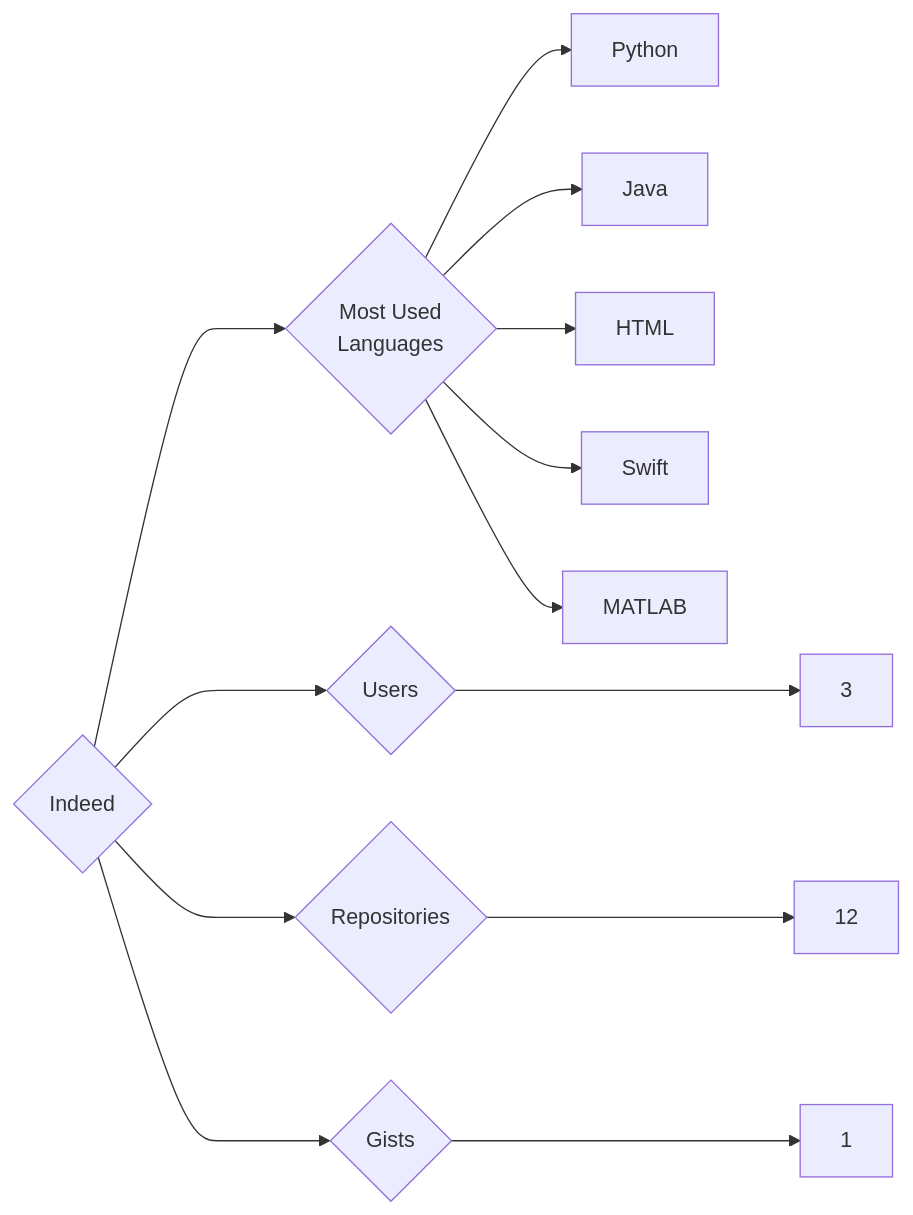
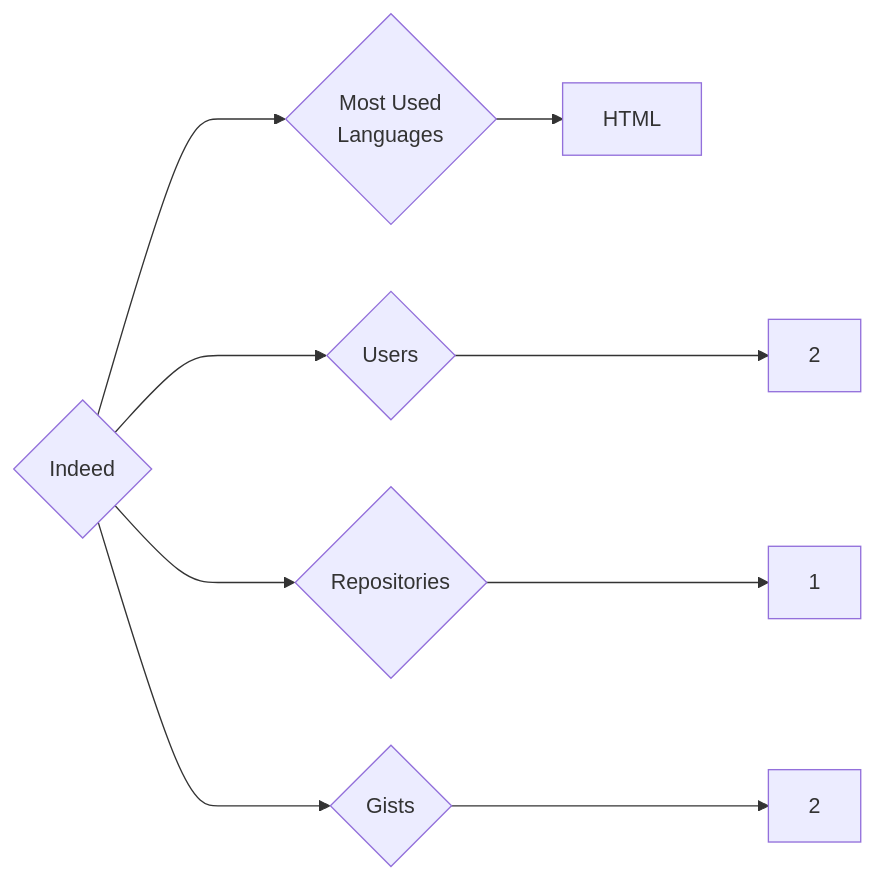
One commit to trickest/insiders changed the diagram in targets/Indeed/README.md. Above: the diagram before and after it, drawn with Mermaid. The commit also changed 640 other files, not shown here.

````diff
--- a/targets/Indeed/README.md
+++ b/targets/Indeed/README.md
@@ -3,13 +3,9 @@
 ```mermaid
 graph LR
 COMPANY_NAME{Indeed}
-COMPANY_NAME ---> U{Users} ---> UN[3]
-COMPANY_NAME ---> R{Repositories} ---> RN[12]
-COMPANY_NAME ---> G{Gists} ---> GN[1]
+COMPANY_NAME ---> U{Users} ---> UN[2]
+COMPANY_NAME ---> R{Repositories} ---> RN[1]
+COMPANY_NAME ---> G{Gists} ---> GN[2]
 COMPANY_NAME ---> ML{Most Used<br>Languages}
-ML --> Python[Python]
-ML --> Java[Java]
 ML --> HTML[HTML]
-ML --> Swift[Swift]
-ML --> MATLAB[MATLAB]
 ```
````
